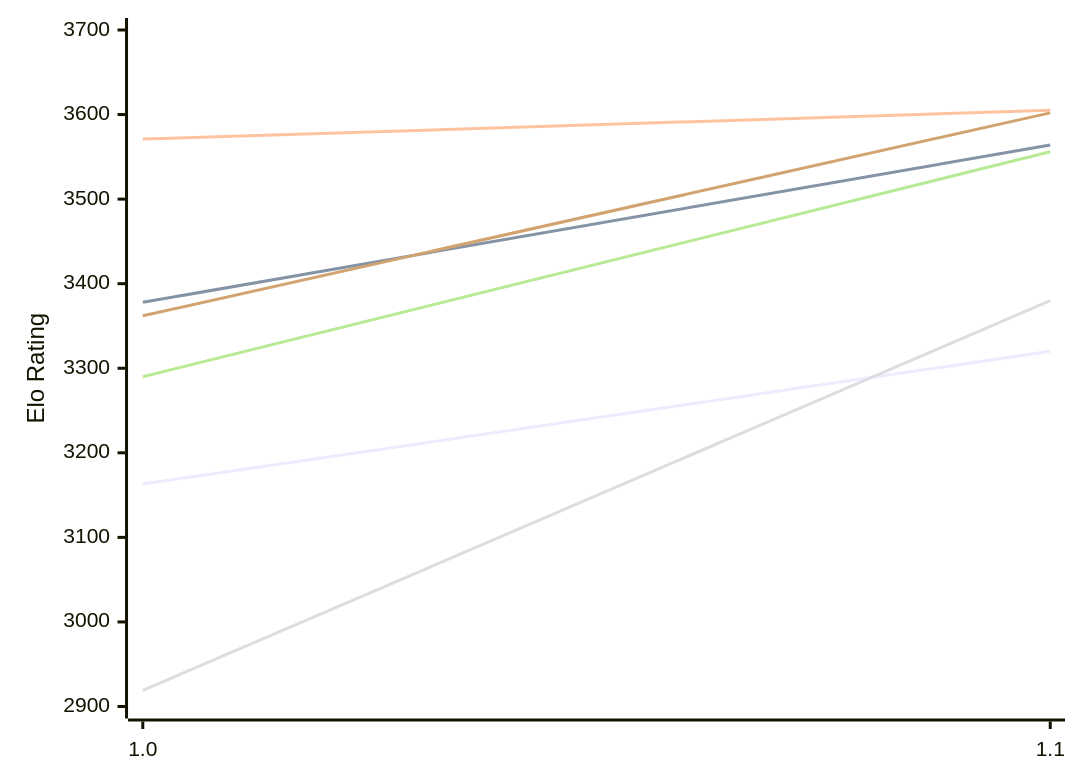
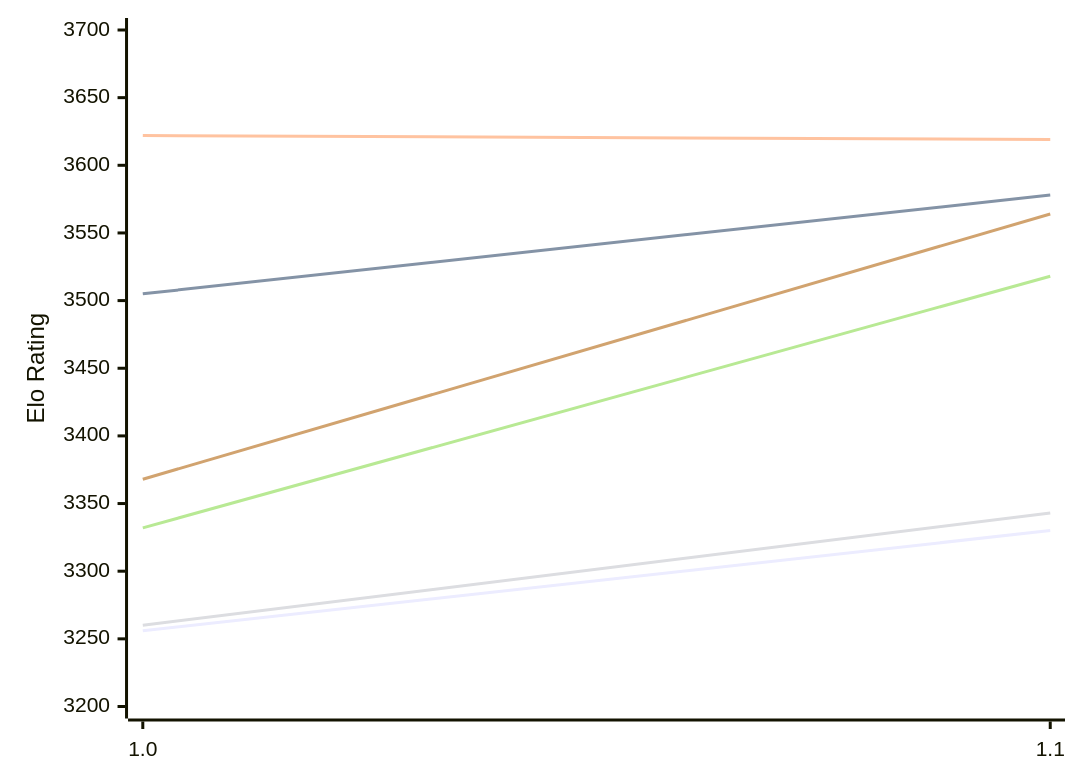
One commit to computer-chess-index/cci changed the first of 2 diagrams in engines/Horsie.md. Above: the diagram before and after it, drawn with Mermaid. The commit also changed other lines of this file, not shown here.

Commit message:
Update CCI Ratings (ELO VLTC) - 2026-11-14

````diff
--- a/engines/Horsie.md
+++ b/engines/Horsie.md
@@ -50,12 +50,12 @@
 ```mermaid
 %%{init: {"theme":"base","themeVariables":{"seriesColors:['#a3a3a3','#222221','#faa371']}}}%%
 xychart-beta
   x-axis ["1.0", "1.1"]
-  y-axis "Elo Rating" 2900 --> 3700
-  line "E1: STC (8.0+0.08s)" [3163, 3320]
-  line "E1: LTC (60.0+0.60s)" [3378, 3564]
-  line "E1: VLTC (2m24s+1.12s)" [3571, 3605]
-  line "P1: STC (8.0+0.08s)" [2919, 3380]
-  line "P1: LTC (60.0+0.60s)" [3290, 3556]
-  line "P1: VLTC (2m24s+1.12s)" [3362, 3602]
+  y-axis "Elo Rating" 3200 --> 3700
+  line "E1: STC (8.0+0.08s)" [3256, 3330]
+  line "E1: LTC (60.0+0.60s)" [3505, 3578]
+  line "E1: VLTC (2m24s+1.12s)" [3622, 3619]
+  line "P1: STC (8.0+0.08s)" [3260, 3343]
+  line "P1: LTC (60.0+0.60s)" [3332, 3518]
+  line "P1: VLTC (2m24s+1.12s)" [3368, 3564]
 ```
````
